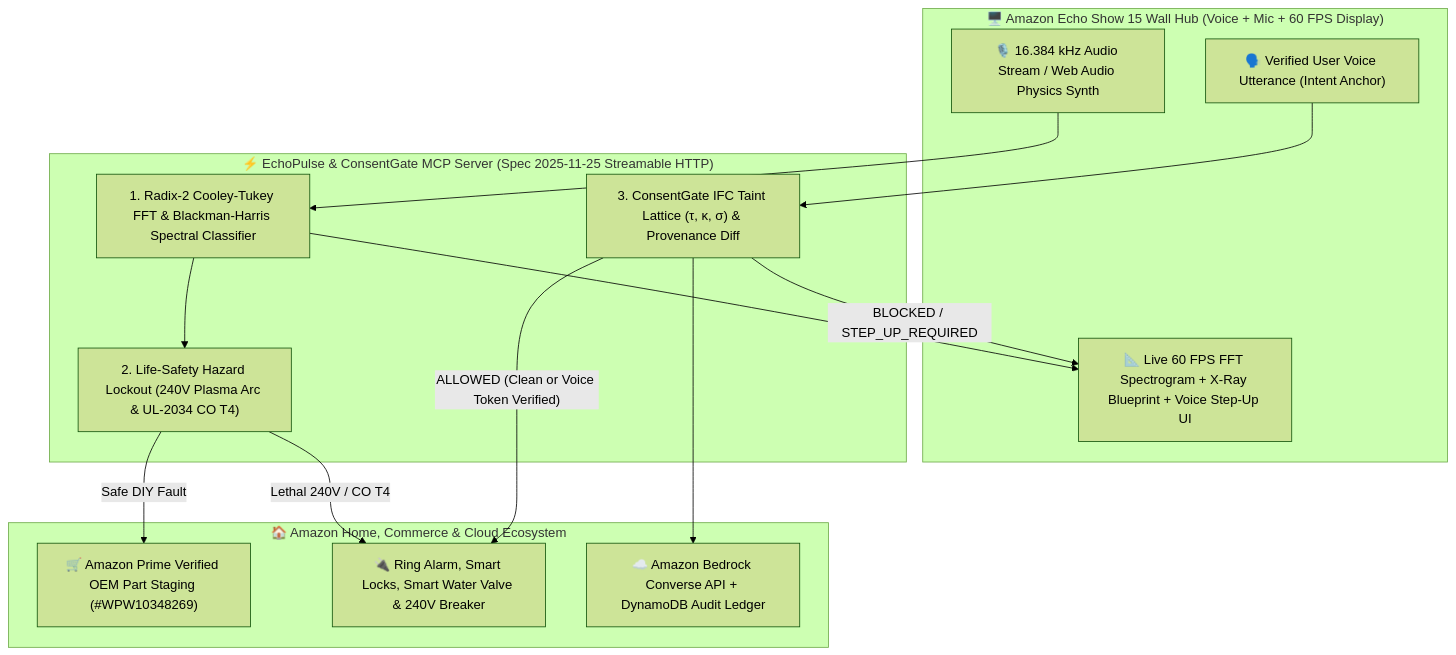
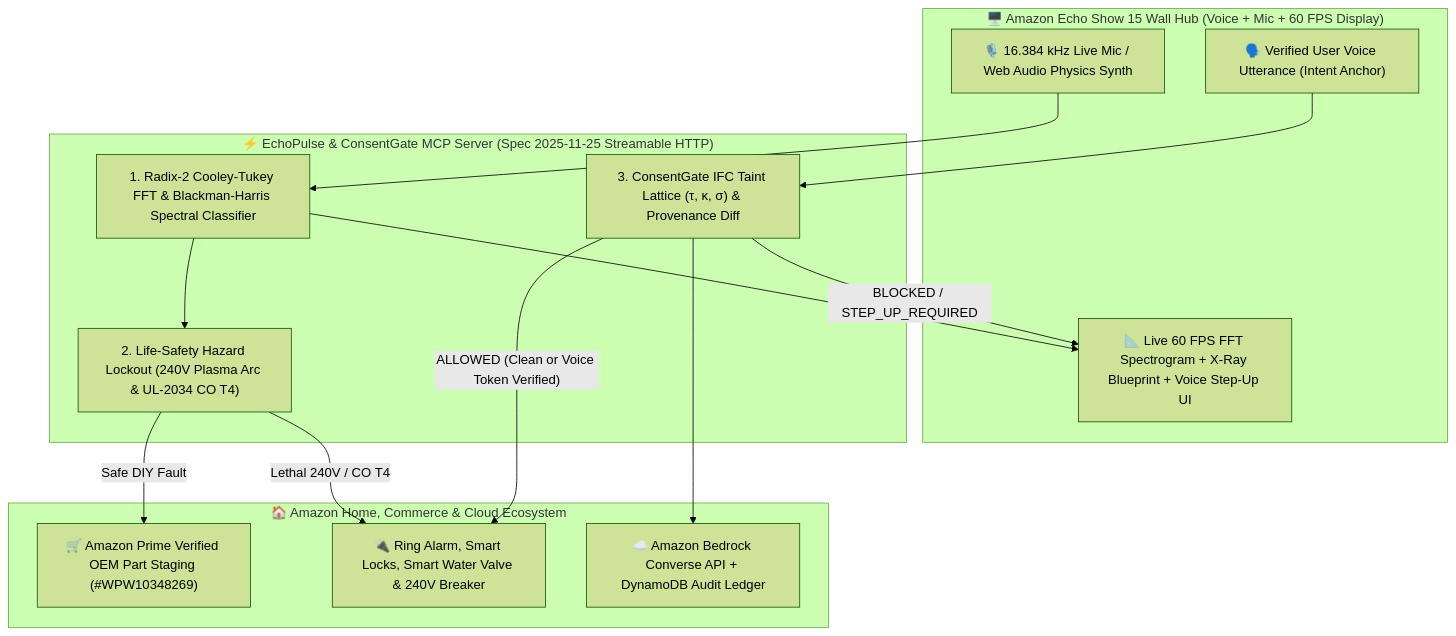
Before and after one commit to Jasurcyb/echopulse-consentgate-mcp: the diagram in README.md, drawn with Mermaid (forest theme). The commit also changed other lines of this file and 1 other file, not shown here.

Commit message:
docs: add judge verification matrix, math equations, curl examples and live demo link to README

````diff
--- a/README.md
+++ b/README.md
@@ -34,30 +61,30 @@
 ```mermaid
 flowchart TB
     subgraph EchoShow["🖥️ Amazon Echo Show 15 Wall Hub (Voice + Mic + 60 FPS Display)"]
-        Mic["🎙️ 16.384 kHz Audio Stream / Web Audio Physics Synth"]
+        Mic["🎙️ 16.384 kHz Live Mic / Web Audio Physics Synth"]
         Voice["🗣️ Verified User Voice Utterance (Intent Anchor)"]
         Screen["📐 Live 60 FPS FFT Spectrogram + X-Ray Blueprint + Voice Step-Up UI"]
     end
 
     subgraph MCPServer["⚡ EchoPulse & ConsentGate MCP Server (Spec 2025-11-25 Streamable HTTP)"]
         FFT["1. Radix-2 Cooley-Tukey FFT & Blackman-Harris Spectral Classifier"]
         Hazard["2. Life-Safety Hazard Lockout (240V Plasma Arc & UL-2034 CO T4)"]
         Lattice["3. ConsentGate IFC Taint Lattice (τ, κ, σ) & Provenance Diff"]
     end
 
     subgraph Ecosystem["🏠 Amazon Home, Commerce & Cloud Ecosystem"]
         Prime["🛒 Amazon Prime Verified OEM Part Staging (#WPW10348269)"]
         SmartHome["🔌 Ring Alarm, Smart Locks, Smart Water Valve & 240V Breaker"]
         AWS["☁️ Amazon Bedrock Converse API + DynamoDB Audit Ledger"]
     end
 
     Mic --> FFT
     Voice --> Lattice
     FFT --> Hazard
     Hazard -->|"Safe DIY Fault"| Prime
     Hazard -->|"Lethal 240V / CO T4"| SmartHome
     FFT --> Screen
     Lattice -->|"BLOCKED / STEP_UP_REQUIRED"| Screen
     Lattice -->|"ALLOWED (Clean or Voice Token Verified)"| SmartHome
     Lattice --> AWS
 ```
````
